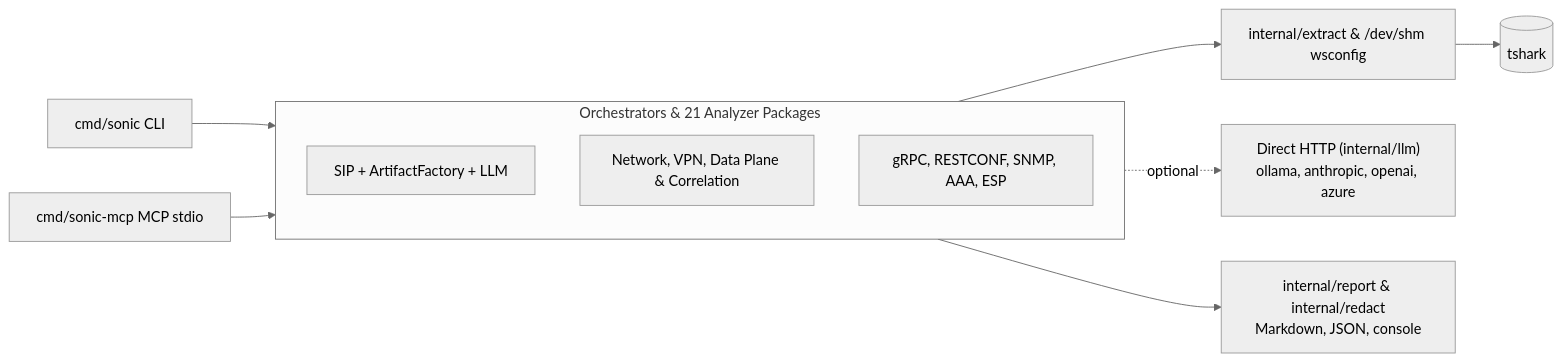
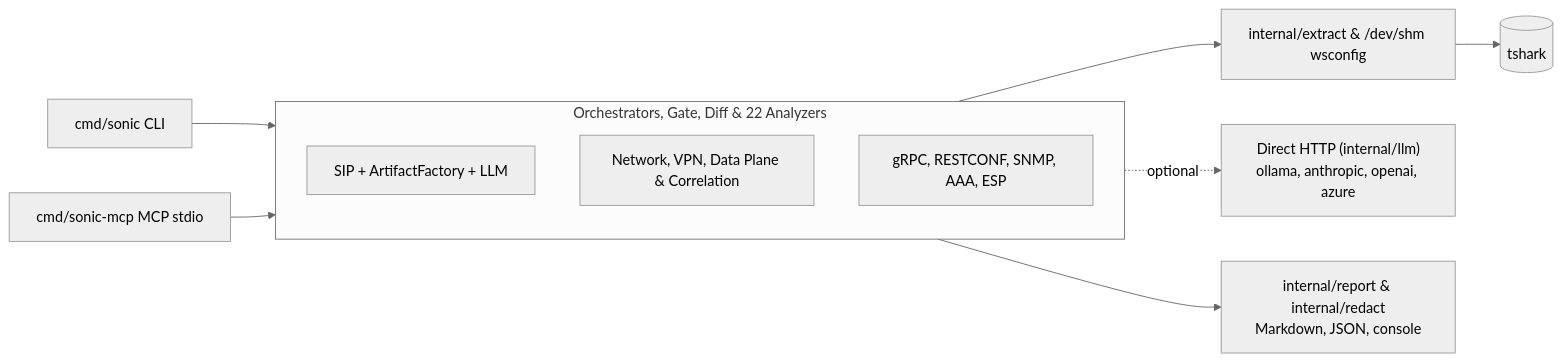
One commit to zombat/sonic changed the diagram in README.md. Above: the diagram before and after it, drawn with Mermaid (neutral theme). The commit also changed other lines of this file and 6 other files, not shown here.

Commit message:
docs: update README, benchmark, changelog, MCP, architecture, and testing docs for v4.0.0

````diff
--- a/README.md
+++ b/README.md
@@ -567,15 +577,15 @@
 ```mermaid
 flowchart LR
     CLI["cmd/sonic CLI"] --> ORCH
     MCP["cmd/sonic-mcp MCP stdio"] --> ORCH
-    subgraph ORCH["Orchestrators & 21 Analyzer Packages"]
+    subgraph ORCH["Orchestrators, Gate, Diff & 22 Analyzers"]
         direction TB
         O1["SIP + ArtifactFactory + LLM"]
         O2["Network, VPN, Data Plane & Correlation"]
         O3["gRPC, RESTCONF, SNMP, AAA, ESP"]
     end
     ORCH --> EX["internal/extract & /dev/shm wsconfig"]
     O1 -. optional .-> AI["Direct HTTP (internal/llm)<br/>ollama, anthropic, openai, azure"]
     ORCH --> RP["internal/report & internal/redact<br/>Markdown, JSON, console"]
     EX --> TS[("tshark")]
 ```
````
